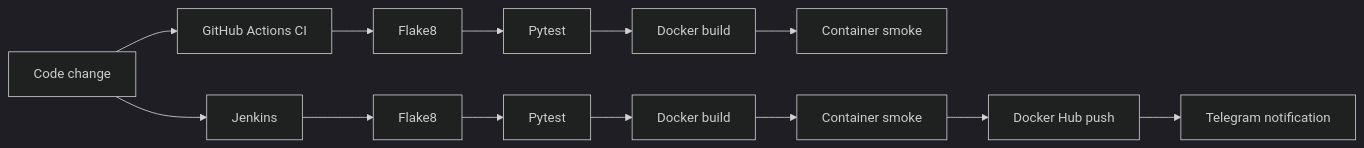
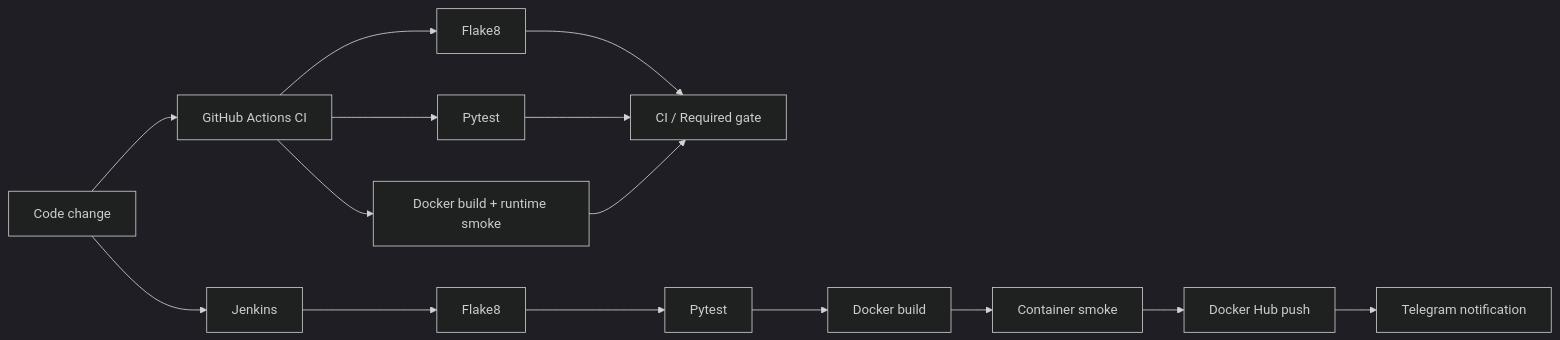
Before and after one commit to TokhirjonYuldoshev/my-docker-project: the diagram in README.md, drawn with Mermaid (dark theme). The commit also changed other lines of this file, not shown here.

Commit message:
docs: align CI architecture with aggregate gate

````diff
--- a/README.md
+++ b/README.md
@@ -12,16 +12,18 @@
 ```mermaid
 flowchart LR
     C[Code change] --> GH[GitHub Actions CI]
     GH --> Q1[Flake8]
-    Q1 --> T1[Pytest]
-    T1 --> B1[Docker build]
-    B1 --> S1[Container smoke]
+    GH --> T1[Pytest]
+    GH --> D1[Docker build + runtime smoke]
+    Q1 --> G[CI / Required gate]
+    T1 --> G
+    D1 --> G
 
     C --> J[Jenkins]
     J --> Q2[Flake8]
     Q2 --> T2[Pytest]
     T2 --> B2[Docker build]
     B2 --> S2[Container smoke]
     S2 --> H[Docker Hub push]
     H --> N[Telegram notification]
 ```
````
